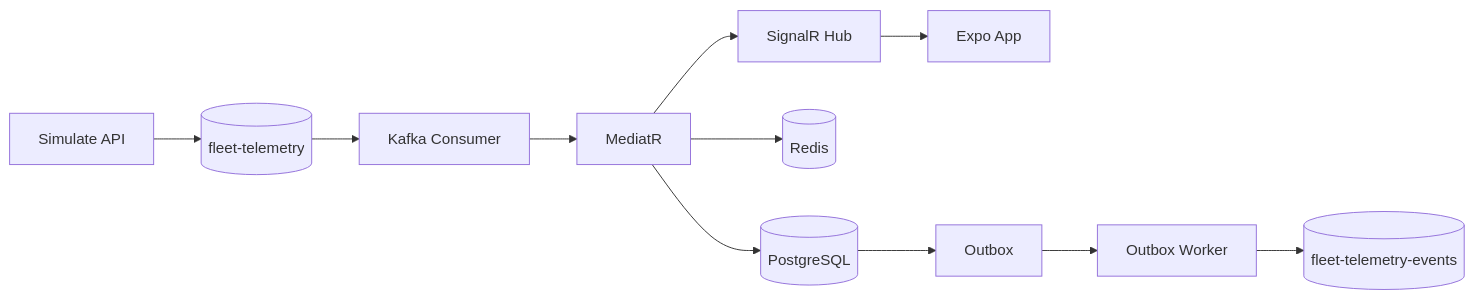
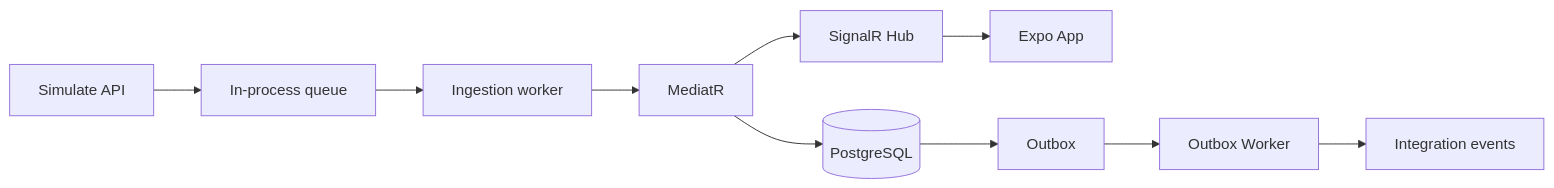
Before and after one commit to BogdanVladevski/OmniOps: the diagram in README.md, drawn with Mermaid. The commit also changed other lines of this file and 127 other files, not shown here.

First line of the commit message:
Chore/simplify architecture (#11)

````diff
--- a/README.md
+++ b/README.md
@@ -28,13 +26,12 @@
 ```mermaid
 flowchart LR
-    A[Simulate API] --> B[(fleet-telemetry)]
-    B --> C[Kafka Consumer]
+    A[Simulate API] --> B[In-process queue]
+    B --> C[Ingestion worker]
     C --> D[MediatR]
     D --> E[(PostgreSQL)]
-    D --> F[(Redis)]
     D --> G[SignalR Hub]
     G --> H[Expo App]
     E --> I[Outbox]
     I --> J[Outbox Worker]
-    J --> K[(fleet-telemetry-events)]
+    J --> K[Integration events]
 ```
````
